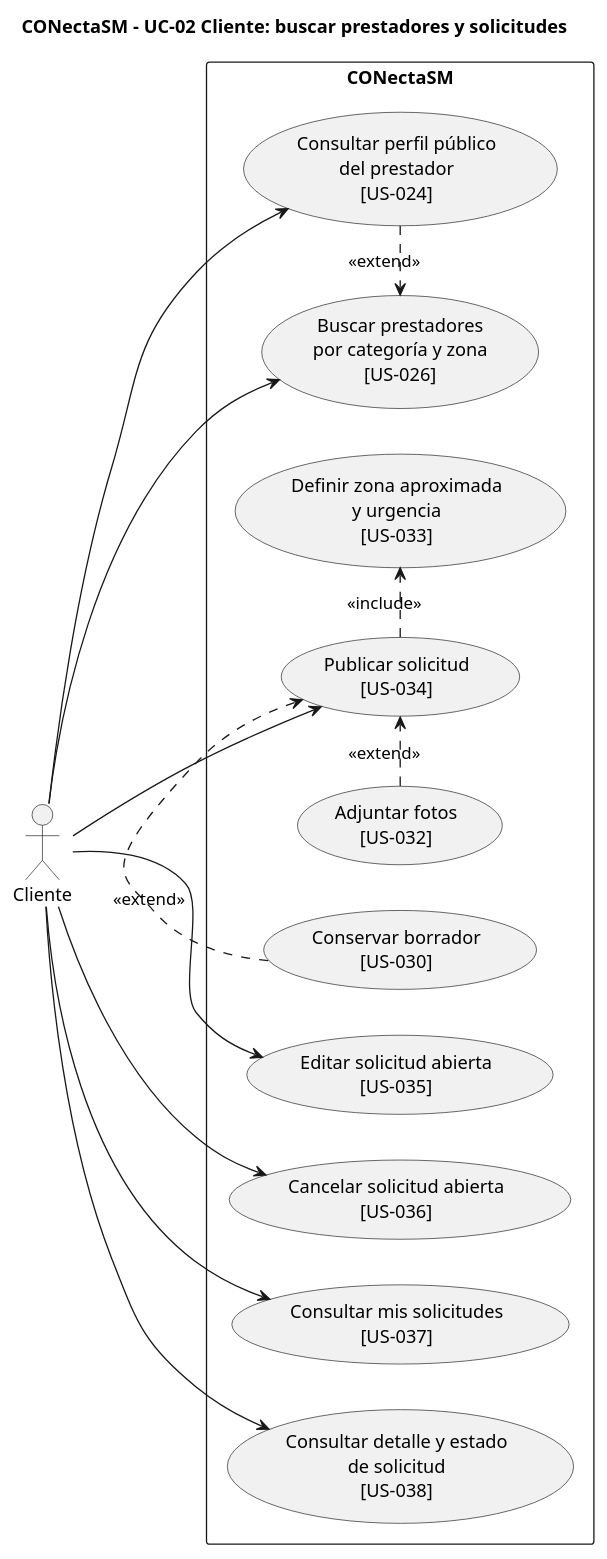
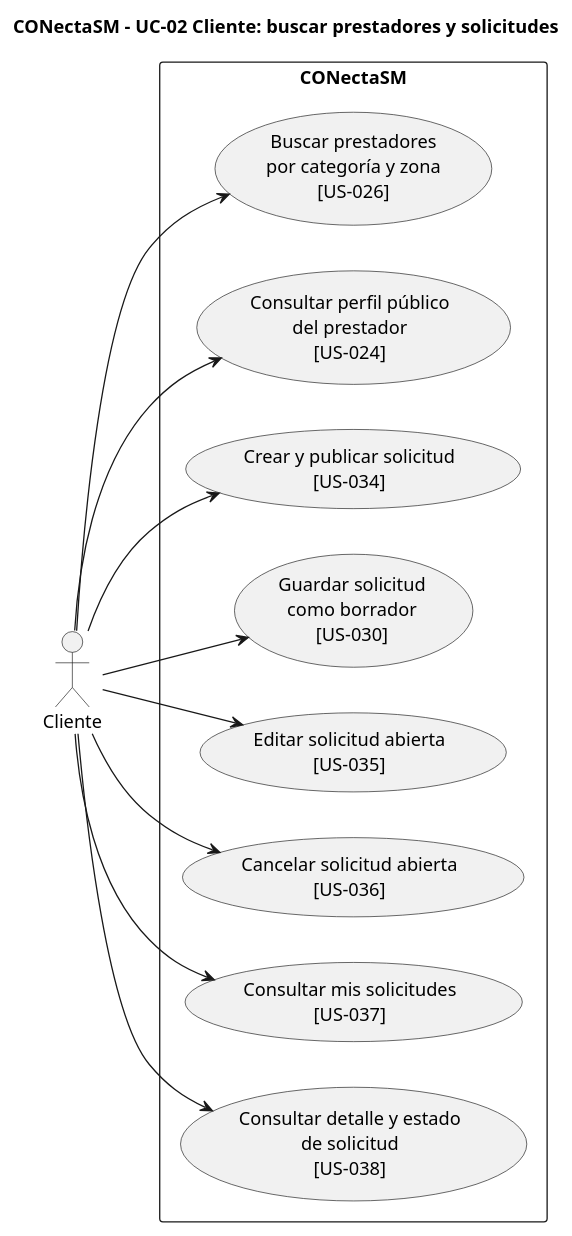
The diagram in FASE-4-Prototipar/08-Casos-de-Uso/Caso-de-uso-2/02_cliente_descubrimiento_solicitudes.puml (JsMartinez-dev/proyecto-diseno-ingenieria), drawn with PlantUML before and after one commit. The commit also changed 13 other files, not shown here.

First line of the commit message:
Corrige los diagramas de casos de uso

```diff
--- a/FASE-4-Prototipar/08-Casos-de-Uso/Caso-de-uso-2/02_cliente_descubrimiento_solicitudes.puml
+++ b/FASE-4-Prototipar/08-Casos-de-Uso/Caso-de-uso-2/02_cliente_descubrimiento_solicitudes.puml
@@ -1,39 +1,31 @@
 @startuml
 title CONectaSM - UC-02 Cliente: buscar prestadores y solicitudes
 left to right direction
 skinparam packageStyle rectangle
 skinparam shadowing false
 
 actor "Cliente" as Cliente
 
 rectangle "CONectaSM" {
   usecase "Buscar prestadores\npor categoría y zona\n[US-026]" as UC014
   usecase "Consultar perfil público\ndel prestador\n[US-024]" as UC015
 
-  usecase "Adjuntar fotos\n[US-032]" as UC016
-  usecase "Definir zona aproximada\ny urgencia\n[US-033]" as UC017
-  usecase "Publicar solicitud\n[US-034]" as UC018
-  usecase "Conservar borrador\n[US-030]" as UC019
+  usecase "Crear y publicar solicitud\n[US-034]" as UC018
+  usecase "Guardar solicitud\ncomo borrador\n[US-030]" as UC019
 
   usecase "Editar solicitud abierta\n[US-035]" as UC020
   usecase "Cancelar solicitud abierta\n[US-036]" as UC021
   usecase "Consultar mis solicitudes\n[US-037]" as UC022
   usecase "Consultar detalle y estado\nde solicitud\n[US-038]" as UC023
 }
 
 Cliente --> UC014
 Cliente --> UC015
 Cliente --> UC018
+Cliente --> UC019
 Cliente --> UC020
 Cliente --> UC021
 Cliente --> UC022
 Cliente --> UC023
 
-UC015 .> UC014 : <<extend>>
-
-UC018 .> UC017 : <<include>>
-UC016 .> UC018 : <<extend>>
-UC019 .> UC018 : <<extend>>
-
-
 @enduml
```
